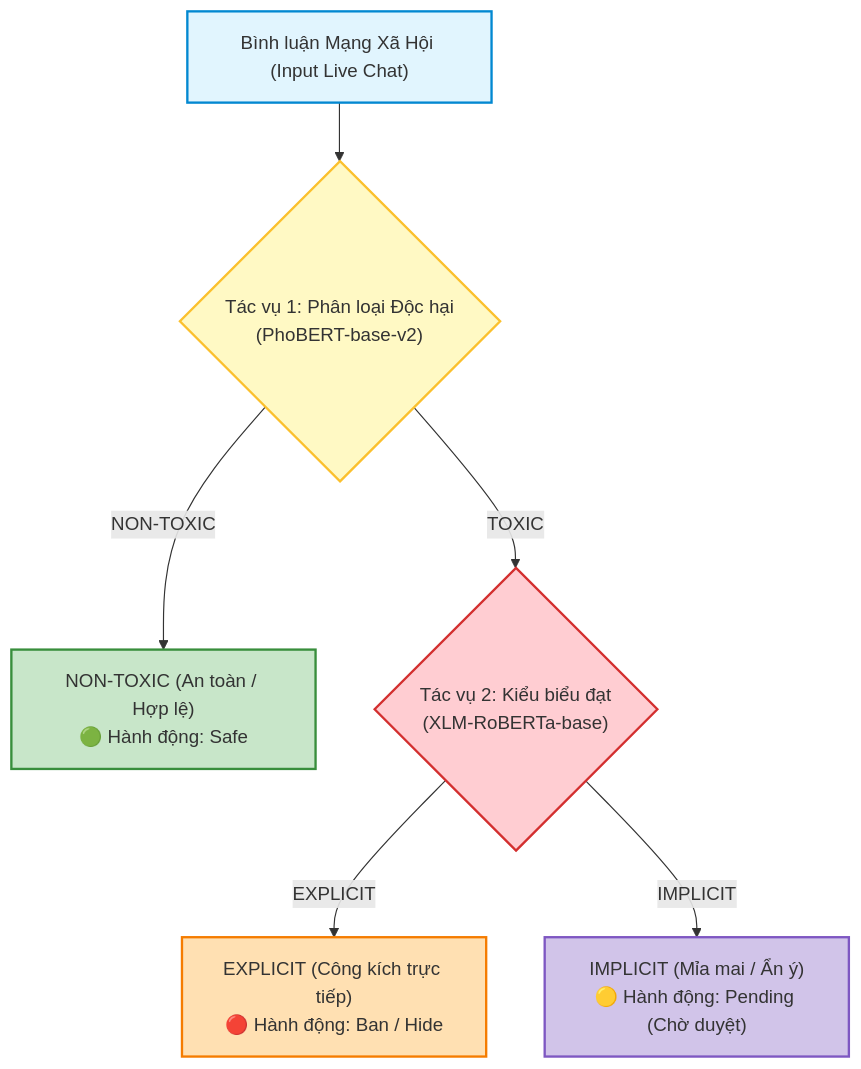
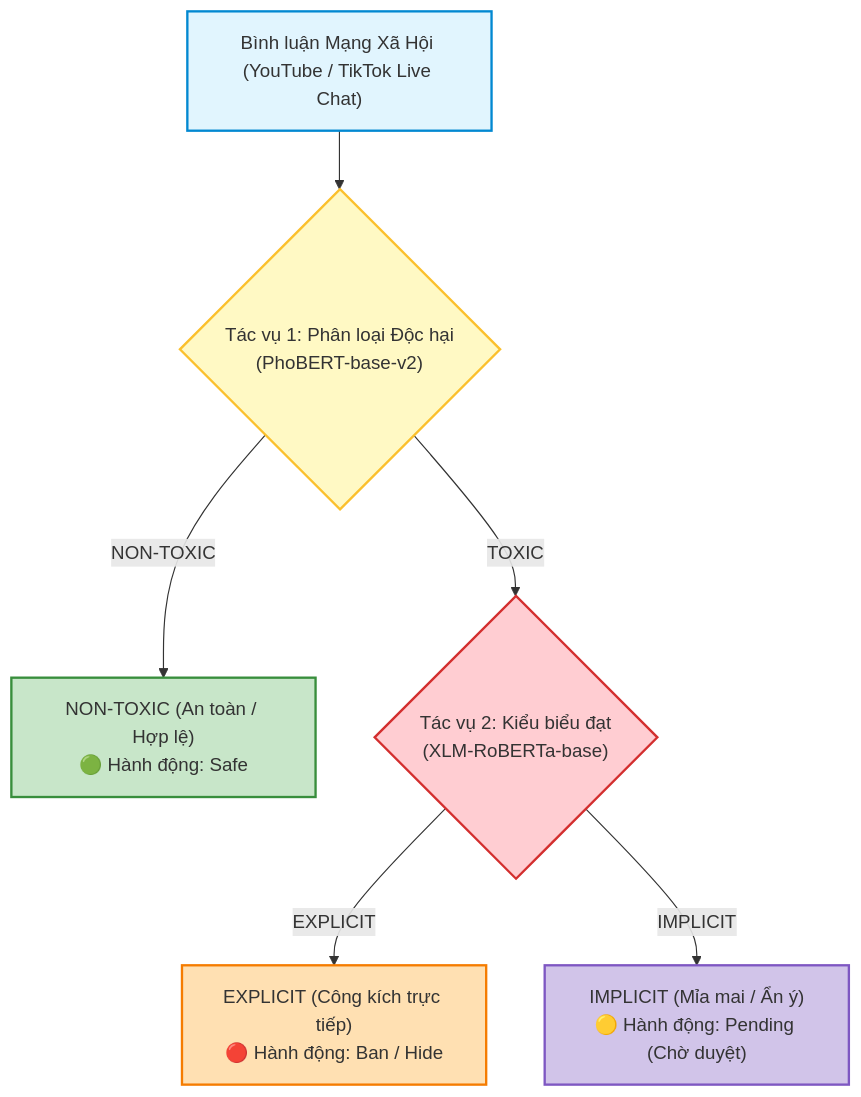
One commit to duonyyy/Predict-toxic-comments changed the first of 2 diagrams in predict-toxic-comments/README.md. Above: the diagram before and after it, drawn with Mermaid. The commit also changed other lines of this file and 10 other files, not shown here.

Commit message:
feat(stream): add TikTok Live support alongside YouTube Live with auto-fallback and unified Kafka streaming

````diff
--- a/predict-toxic-comments/README.md
+++ b/predict-toxic-comments/README.md
@@ -8,15 +8,15 @@
 ```mermaid
 flowchart TD
-    A["Bình luận Mạng Xã Hội (Input Live Chat)"] --> B{"Tác vụ 1: Phân loại Độc hại<br>(PhoBERT-base-v2)"}
+    A["Bình luận Mạng Xã Hội (YouTube / TikTok Live Chat)"] --> B{"Tác vụ 1: Phân loại Độc hại<br>(PhoBERT-base-v2)"}
     B -->|NON-TOXIC| C["NON-TOXIC (An toàn / Hợp lệ)<br>🟢 Hành động: Safe"]
     B -->|TOXIC| D{"Tác vụ 2: Kiểu biểu đạt<br>(XLM-RoBERTa-base)"}
     D -->|EXPLICIT| E["EXPLICIT (Công kích trực tiếp)<br>🔴 Hành động: Ban / Hide"]
     D -->|IMPLICIT| F["IMPLICIT (Mỉa mai / Ẩn ý)<br>🟡 Hành động: Pending (Chờ duyệt)"]
 
     style A fill:#e1f5fe,stroke:#0288d1,stroke-width:2px;
     style B fill:#fff9c4,stroke:#fbc02d,stroke-width:2px;
     style C fill:#c8e6c9,stroke:#388e3c,stroke-width:2px;
     style D fill:#ffcdd2,stroke:#d32f2f,stroke-width:2px;
     style E fill:#ffe0b2,stroke:#f57c00,stroke-width:2px;
     style F fill:#d1c4e9,stroke:#7e57c2,stroke-width:2px;
 ```
````
